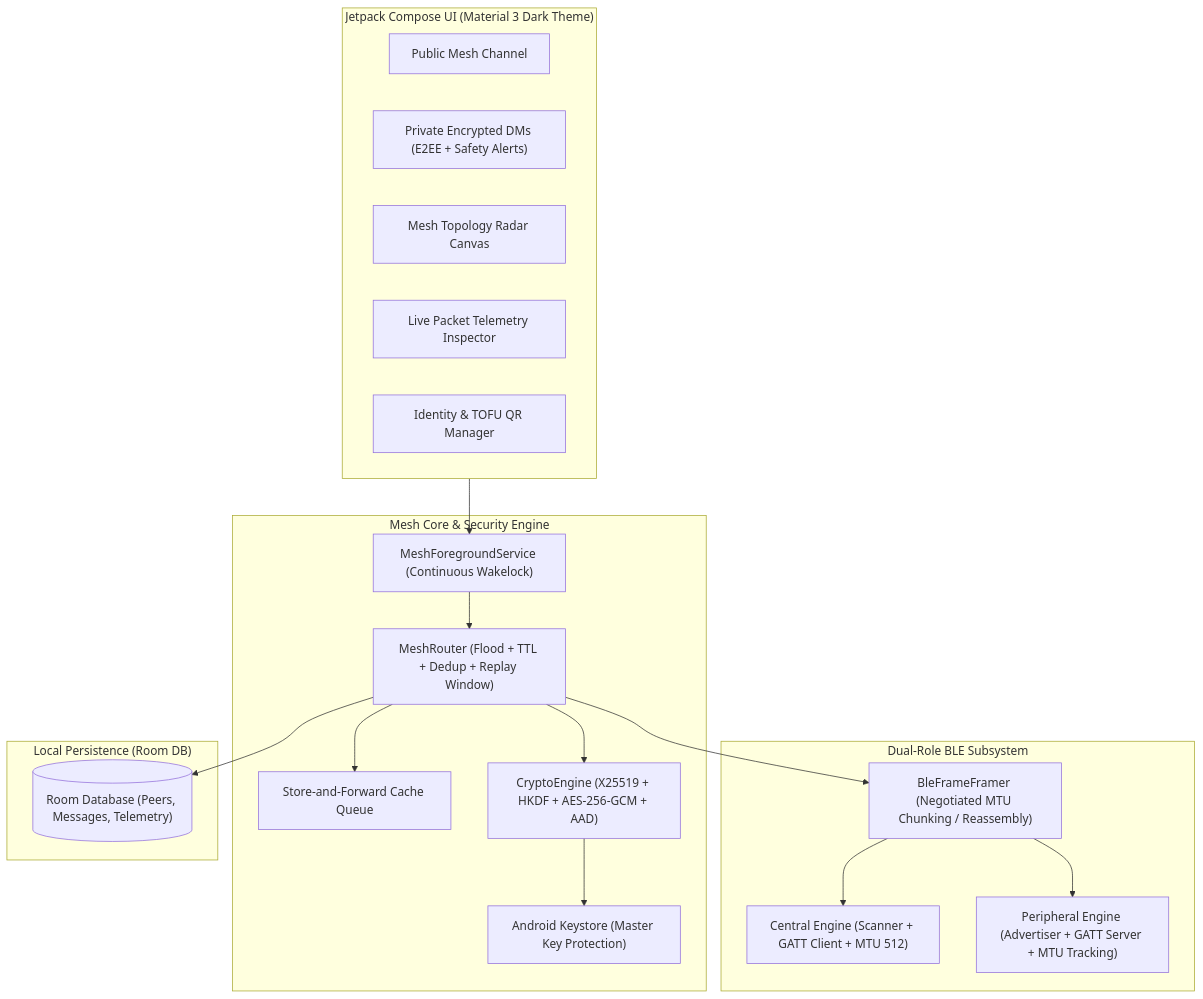
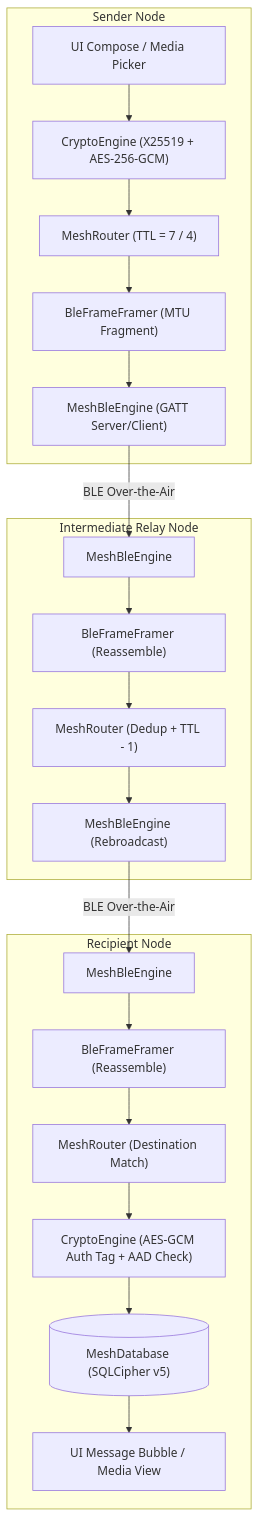
One commit to gintama1018/BIT-FOR-US changed the diagram in README.md. Above: the diagram before and after it, drawn with Mermaid. The commit also changed other lines of this file, not shown here.

Commit message:
docs: rewrite README with grounded technical documentation, architecture, and deployment guide

````diff
--- a/README.md
+++ b/README.md
@@ -32,38 +46,26 @@
 ```mermaid
 graph TD
-    subgraph UI ["Jetpack Compose UI (Material 3 Dark Theme)"]
-        PublicChat["Public Mesh Channel"]
-        DirectChat["Private Encrypted DMs (E2EE + Safety Alerts)"]
-        MeshRadar["Mesh Topology Radar Canvas"]
-        PacketLog["Live Packet Telemetry Inspector"]
-        Identity["Identity & TOFU QR Manager"]
+    subgraph Sender ["Sender Node"]
+        UI_Send["UI Compose / Media Picker"] --> Crypto["CryptoEngine (X25519 + AES-256-GCM)"]
+        Crypto --> Router_Send["MeshRouter (TTL = 7 / 4)"]
+        Router_Send --> Framer_Send["BleFrameFramer (MTU Fragment)"]
+        Framer_Send --> BLE_TX["MeshBleEngine (GATT Server/Client)"]
     end
 
-    subgraph Core ["Mesh Core & Security Engine"]
-        MeshService["MeshForegroundService (Continuous Wakelock)"]
-        MeshRouter["MeshRouter (Flood + TTL + Dedup + Replay Window)"]
-        StoreForward["Store-and-Forward Cache Queue"]
-        CryptoEngine["CryptoEngine (X25519 + HKDF + AES-256-GCM + AAD)"]
-        KeyStore["Android Keystore (Master Key Protection)"]
+    subgraph Relay ["Intermediate Relay Node"]
+        BLE_RX_R["MeshBleEngine"] --> Framer_Relay["BleFrameFramer (Reassemble)"]
+        Framer_Relay --> Router_Relay["MeshRouter (Dedup + TTL - 1)"]
+        Router_Relay --> BLE_TX_R["MeshBleEngine (Rebroadcast)"]
     end
 
-    subgraph BLE ["Dual-Role BLE Subsystem"]
-        Central["Central Engine (Scanner + GATT Client + MTU 512)"]
-        Peripheral["Peripheral Engine (Advertiser + GATT Server + MTU Tracking)"]
-        Framer["BleFrameFramer (Negotiated MTU Chunking / Reassembly)"]
+    subgraph Recipient ["Recipient Node"]
+        BLE_RX_Rec["MeshBleEngine"] --> Framer_Rec["BleFrameFramer (Reassemble)"]
+        Framer_Rec --> Router_Rec["MeshRouter (Destination Match)"]
+        Router_Rec --> Decrypt["CryptoEngine (AES-GCM Auth Tag + AAD Check)"]
+        Decrypt --> DB[("MeshDatabase (SQLCipher v5)")]
+        DB --> UI_Rec["UI Message Bubble / Media View"]
     end
 
-    subgraph Storage ["Local Persistence (Room DB)"]
-        RoomDB[("Room Database (Peers, Messages, Telemetry)")]
-    end
-
-    UI --> MeshService
-    MeshService --> MeshRouter
-    MeshRouter --> CryptoEngine
-    CryptoEngine --> KeyStore
-    MeshRouter --> StoreForward
-    MeshRouter --> Framer
-    Framer --> Central
-    Framer --> Peripheral
-    MeshRouter --> RoomDB
+    BLE_TX -->|BLE Over-the-Air| BLE_RX_R
+    BLE_TX_R -->|BLE Over-the-Air| BLE_RX_Rec
 ```
````
